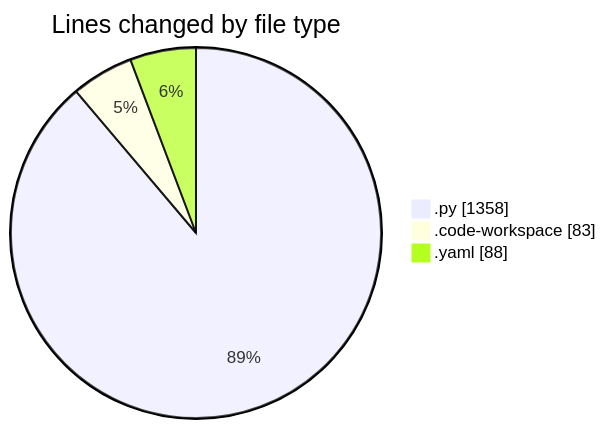
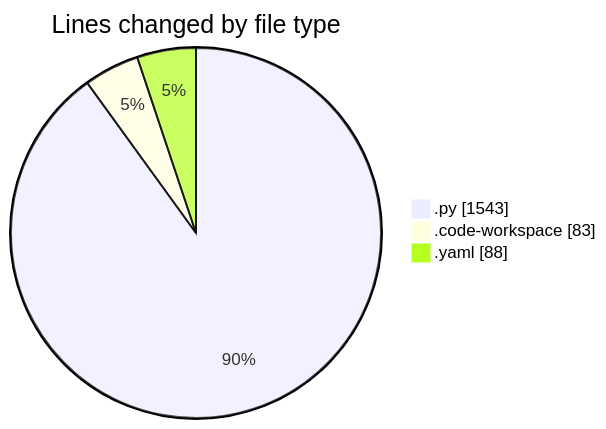
One commit to MatusMokan/code-tracking changed the first of 2 diagrams in 2025-05-15/myws__workspace_/README.md. Above: the diagram before and after it, drawn with Mermaid. The commit also changed other lines of this file and 1 other file, not shown here.

````diff
--- a/2025-05-15/myws__workspace_/README.md
+++ b/2025-05-15/myws__workspace_/README.md
@@ -26,7 +28,7 @@
 ```mermaid
 pie showData
 title Lines changed by file type
-".py" : 1358
+".py" : 1543
 ".code-workspace" : 83
 ".yaml" : 88
 ```
````
